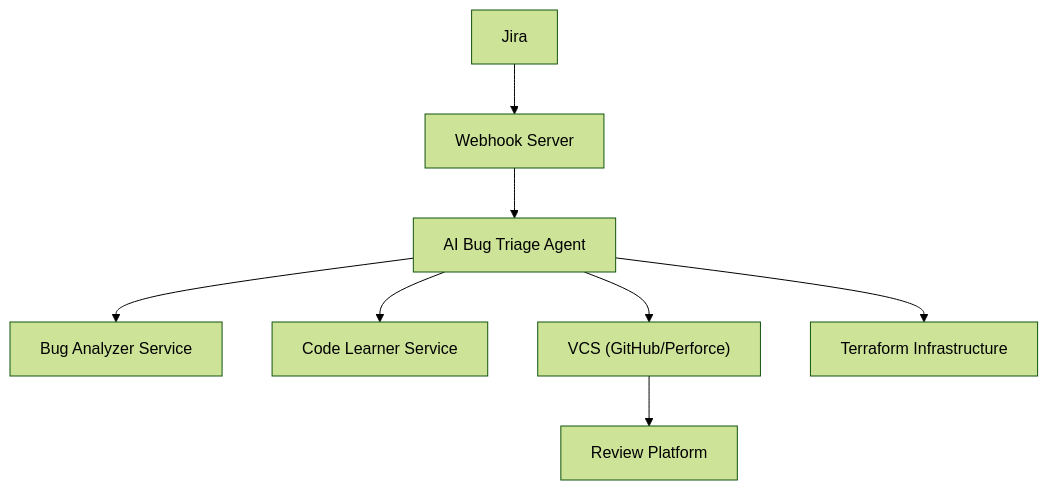
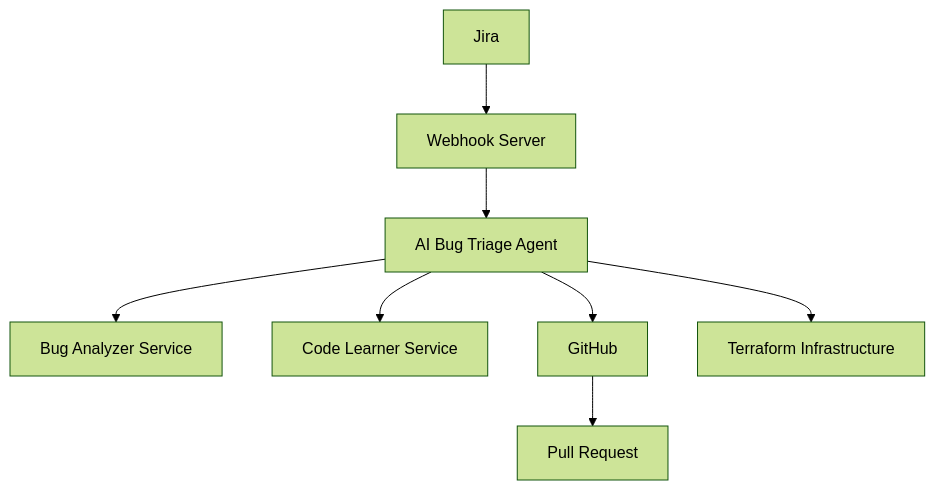
One commit to motart/ai-bug-triage-agent changed the diagram in README.md. Above: the diagram before and after it, drawn with Mermaid (forest theme). The commit also changed other lines of this file and 130 other files, not shown here.

````diff
--- a/README.md
+++ b/README.md
@@ -173,18 +137,18 @@
 ```mermaid
 graph TD
     Jira[Jira]
     Webhook[Webhook Server]
     Agent[AI Bug Triage Agent]
     Analyzer[Bug Analyzer Service]
     Learner[Code Learner Service]
-    VCS["VCS (GitHub/Perforce)"]
-    Review[Review Platform]
+    VCS[GitHub]
+    Review[Pull Request]
     Infra[Terraform Infrastructure]
     Jira --> Webhook
     Webhook --> Agent
     Agent --> Analyzer
     Agent --> Learner
     Agent --> VCS
     VCS --> Review
     Agent --> Infra
 ```
````
